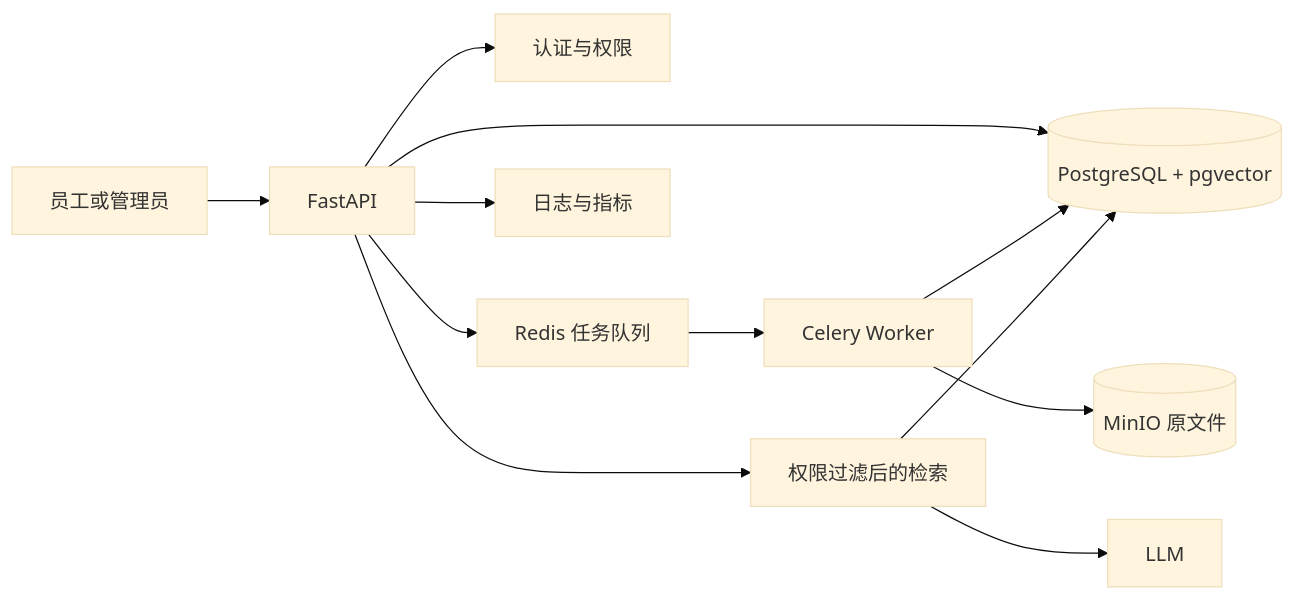
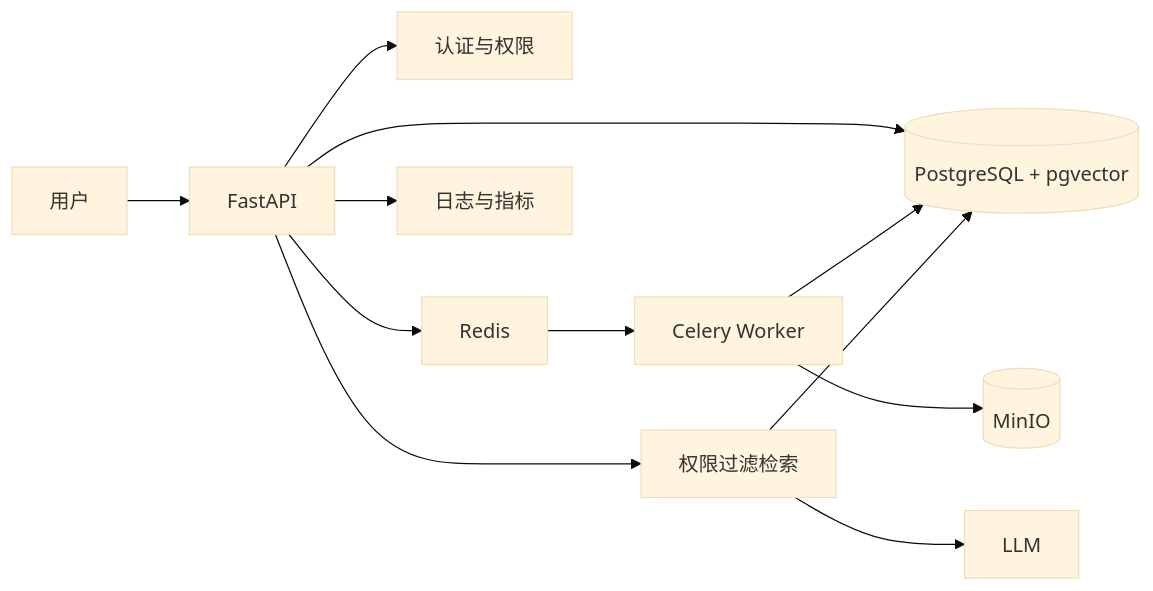
One commit to lv-xiaoke/enterprise-rag-platform changed the diagram in docs/第二月每日学习/Day01.md. Above: the diagram before and after it, drawn with Mermaid (base theme). The commit also changed other lines of this file and 3 other files, not shown here.

````diff
--- a/docs/第二月每日学习/Day01.md
+++ b/docs/第二月每日学习/Day01.md
@@ -208,14 +133,14 @@
 ```mermaid
 flowchart LR
-    U[员工或管理员] --> API[FastAPI]
+    U[用户] --> API[FastAPI]
     API --> AUTH[认证与权限]
     API --> DB[(PostgreSQL + pgvector)]
-    API --> Q[Redis 任务队列]
+    API --> Q[Redis]
     Q --> W[Celery Worker]
-    W --> OBJ[(MinIO 原文件)]
+    W --> OBJ[(MinIO)]
     W --> DB
-    API --> RET[权限过滤后的检索]
+    API --> RET[权限过滤检索]
     RET --> DB
     RET --> LLM[LLM]
     API --> OBS[日志与指标]
 ```
````
